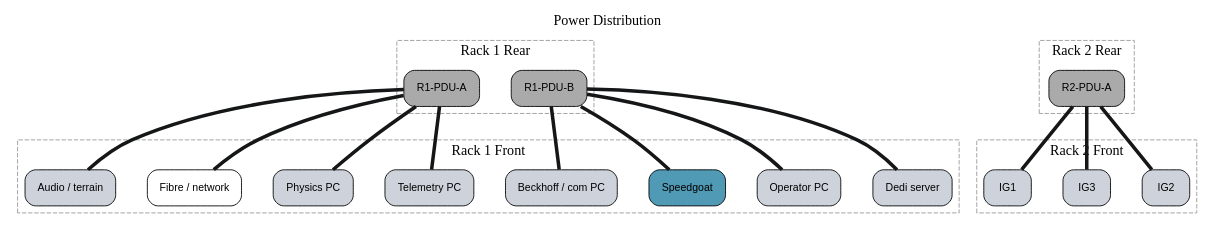
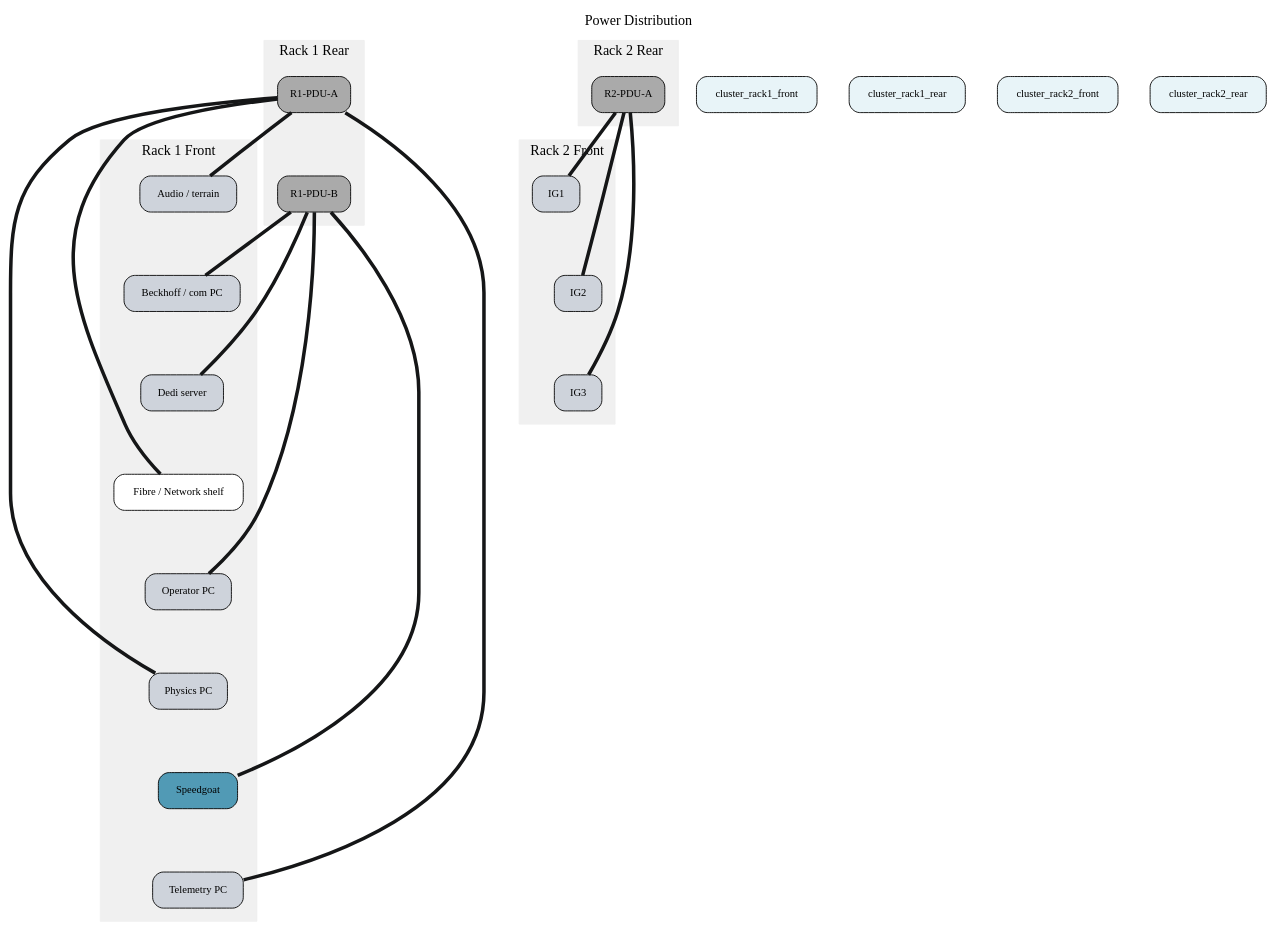
Before and after one commit to BenjiPestell/rack-diagram-demo: the diagram in wiring_power_distribution.dot, drawn with Graphviz. The commit also changed 11 other files, not shown here.

```diff
--- a/wiring_power_distribution.dot
+++ b/wiring_power_distribution.dot
@@ -1,149 +1,178 @@
 graph "Power Distribution" {
 
   graph [
     rankdir=TB,
     nodesep=0.5,
     ranksep=1.0,
     bgcolor="white",
     label="Power Distribution",
     labelloc=t,
     fontsize=16,
-    fontname="Arial Bold"
+    fontname="Sinkin Sans"
   ];
 
   node [
     shape=box,
     style="rounded,filled",
     fillcolor="#E8F4F8",
     fontsize=12,
-    fontname="Arial",
+    fontname="Sinkin Sans",
     margin=0.2
   ];
 
   edge [
     color="#151617",
     style=solid,
     penwidth=4.0
   ];
 
-  // Devices by rack
+  // Devices organized by rack
+
   subgraph cluster_rack1_front {
     label="Rack 1 Front";
-    style=dashed;
-    color="#999999";
+    style=filled;
+    color="#F0F0F0";
+    fontname="Sinkin Sans";
+    margin=15;
 
     "Audio___terrain" [
       label="Audio / terrain",
       fillcolor="#ced3db"
     ];
     "Beckhoff___com_PC" [
       label="Beckhoff / com PC",
       fillcolor="#ced3db"
     ];
     "Dedi_server" [
       label="Dedi server",
       fillcolor="#ced3db"
     ];
-    "Fibre___network" [
-      label="Fibre / network",
+    "Fibre___Network_shelf" [
+      label="Fibre / Network shelf",
       fillcolor="#FFFFFF"
     ];
     "Operator_PC" [
       label="Operator PC",
       fillcolor="#ced3db"
     ];
     "Physics_PC" [
       label="Physics PC",
       fillcolor="#ced3db"
     ];
     "Speedgoat" [
       label="Speedgoat",
       fillcolor="#519AB5"
     ];
     "Telemetry_PC" [
       label="Telemetry PC",
       fillcolor="#ced3db"
     ];
+
+    // Vertical stacking within rack
+    "Audio___terrain" -- "Beckhoff___com_PC" [style=invis];
+    "Beckhoff___com_PC" -- "Dedi_server" [style=invis];
+    "Dedi_server" -- "Fibre___Network_shelf" [style=invis];
+    "Fibre___Network_shelf" -- "Operator_PC" [style=invis];
+    "Operator_PC" -- "Physics_PC" [style=invis];
+    "Physics_PC" -- "Speedgoat" [style=invis];
+    "Speedgoat" -- "Telemetry_PC" [style=invis];
   }
 
   subgraph cluster_rack1_rear {
     label="Rack 1 Rear";
-    style=dashed;
-    color="#999999";
+    style=filled;
+    color="#F0F0F0";
+    fontname="Sinkin Sans";
+    margin=15;
 
     "R1-PDU-A" [
       label="R1-PDU-A",
       fillcolor="#AAAAAA"
     ];
     "R1-PDU-B" [
       label="R1-PDU-B",
       fillcolor="#AAAAAA"
     ];
+
+    // Vertical stacking within rack
+    "R1-PDU-A" -- "R1-PDU-B" [style=invis];
   }
 
   subgraph cluster_rack2_front {
     label="Rack 2 Front";
-    style=dashed;
-    color="#999999";
+    style=filled;
+    color="#F0F0F0";
+    fontname="Sinkin Sans";
+    margin=15;
 
     "IG1" [
       label="IG1",
       fillcolor="#ced3db"
     ];
     "IG2" [
       label="IG2",
       fillcolor="#ced3db"
     ];
     "IG3" [
       label="IG3",
       fillcolor="#ced3db"
     ];
+
+    // Vertical stacking within rack
+    "IG1" -- "IG2" [style=invis];
+    "IG2" -- "IG3" [style=invis];
   }
 
   subgraph cluster_rack2_rear {
     label="Rack 2 Rear";
-    style=dashed;
-    color="#999999";
+    style=filled;
+    color="#F0F0F0";
+    fontname="Sinkin Sans";
+    margin=15;
 
     "R2-PDU-A" [
       label="R2-PDU-A",
       fillcolor="#AAAAAA"
     ];
   }
 
-  // Connections
+  // Vertical ordering of racks
+  { rank=same; cluster_rack1_front; cluster_rack1_rear; cluster_rack2_front; cluster_rack2_rear; }
+
+  // Connections between devices
+
   "R1-PDU-A" -- "Audio___terrain" [
     color="#151617", style=solid, penwidth=4.0
   ];
   "R1-PDU-A" -- "Telemetry_PC" [
     color="#151617", style=solid, penwidth=4.0
   ];
-  "R1-PDU-A" -- "Fibre___network" [
+  "R1-PDU-A" -- "Fibre___Network_shelf" [
     color="#151617", style=solid, penwidth=4.0
   ];
   "R1-PDU-A" -- "Physics_PC" [
     color="#151617", style=solid, penwidth=4.0
   ];
   "R1-PDU-B" -- "Speedgoat" [
     color="#151617", style=solid, penwidth=4.0
   ];
   "R1-PDU-B" -- "Operator_PC" [
     color="#151617", style=solid, penwidth=4.0
   ];
   "R1-PDU-B" -- "Dedi_server" [
     color="#151617", style=solid, penwidth=4.0
   ];
   "R1-PDU-B" -- "Beckhoff___com_PC" [
     color="#151617", style=solid, penwidth=4.0
   ];
   "R2-PDU-A" -- "IG1" [
     color="#151617", style=solid, penwidth=4.0
   ];
   "R2-PDU-A" -- "IG2" [
     color="#151617", style=solid, penwidth=4.0
   ];
   "R2-PDU-A" -- "IG3" [
     color="#151617", style=solid, penwidth=4.0
   ];
 
 }
```
